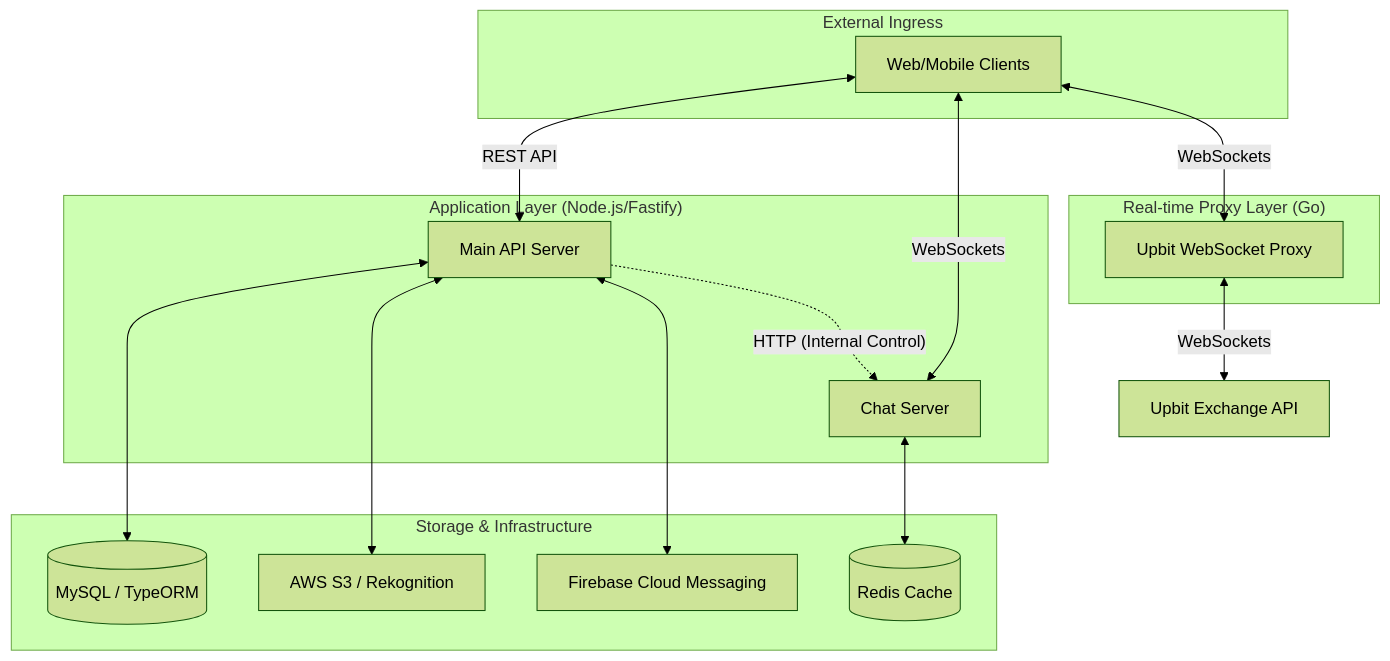
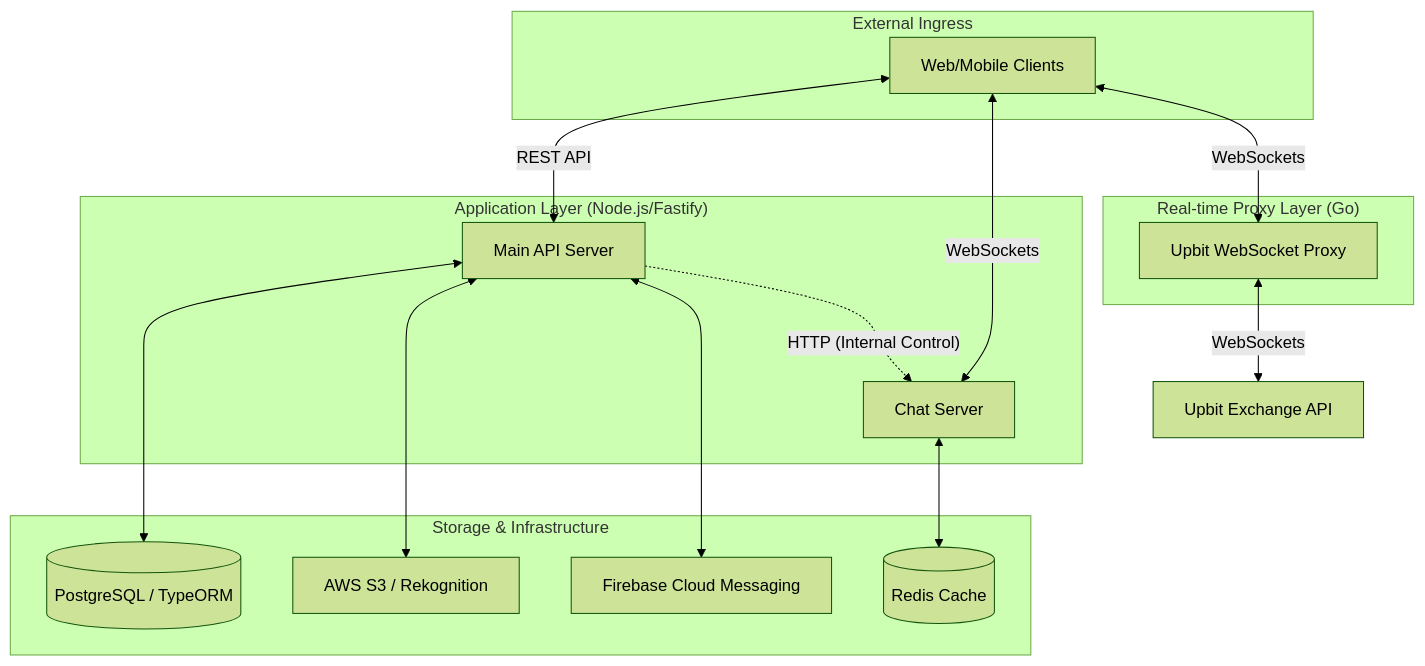
The diagram in README.md (kispi/coinsect_api), drawn with Mermaid (forest theme) before and after one commit. The commit also changed other lines of this file, not shown here.

First line of the commit message:
docs: DB가 PostgreSQL로 바뀐 것을 README에 반영한다

````diff
--- a/README.md
+++ b/README.md
@@ -40,34 +40,34 @@
 ```mermaid
 graph TD
     subgraph "External Ingress"
         Users[Web/Mobile Clients]
     end
 
     subgraph "Application Layer (Node.js/Fastify)"
         API[Main API Server]
         Chat[Chat Server]
     end
 
     subgraph "Real-time Proxy Layer (Go)"
         GoProxy[Upbit WebSocket Proxy]
     end
 
     subgraph "Storage & Infrastructure"
-        DB[(MySQL / TypeORM)]
+        DB[(PostgreSQL / TypeORM)]
         Cache[(Redis Cache)]
         S3[AWS S3 / Rekognition]
         FCM[Firebase Cloud Messaging]
     end
 
     Users <--> |REST API| API
     Users <--> |WebSockets| Chat
     Chat <--> Cache
     API <--> DB
     API <--> S3
     API <--> FCM
     
     API -.-> |"HTTP (Internal Control)"| Chat
     
     Users <--> |WebSockets| GoProxy
     GoProxy <--> |WebSockets| Upbit[Upbit Exchange API]
 ```
````
